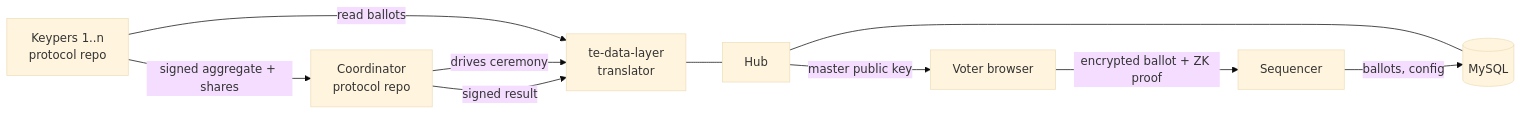
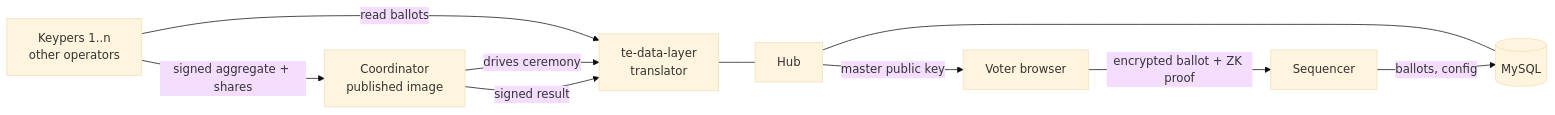
One commit to snapshot-labs/sx-monorepo changed the diagram in docs/private-voting/README.md. Above: the diagram before and after it, drawn with Mermaid (base theme). The commit also changed other lines of this file and 111 other files, not shown here.

````diff
--- a/docs/private-voting/README.md
+++ b/docs/private-voting/README.md
@@ -41,12 +42,12 @@
 ```mermaid
 flowchart LR
     A[Voter browser] -->|encrypted ballot + ZK proof| S[Sequencer]
     S -->|ballots, config| DB[(MySQL)]
     H[Hub] --- DB
     H -->|master public key| A
     L[te-data-layer<br/>translator] --- H
-    C[Coordinator<br/>protocol repo] -->|drives ceremony| L
-    K[Keypers 1..n<br/>protocol repo] -->|read ballots| L
+    C[Coordinator<br/>published image] -->|drives ceremony| L
+    K[Keypers 1..n<br/>other operators] -->|read ballots| L
     K -->|signed aggregate + shares| C
     C -->|signed result| L
 ```
````
